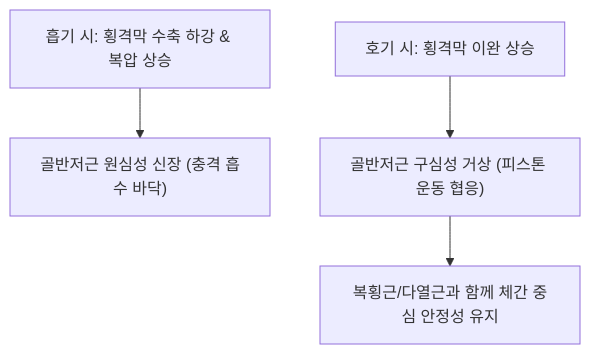
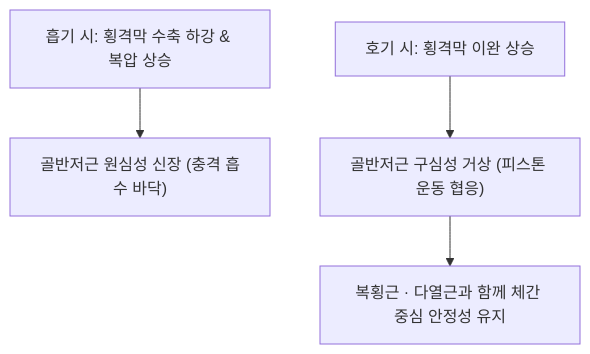
Before and after one commit to simbio11/simbio-digital-garden2: the diagram in content/1. 근골격계 공부/근육/(9) 요부/골반저근.md, drawn with Mermaid. The commit also changed other lines of this file and 149 other files, not shown here.

````diff
--- a/content/1. 근골격계 공부/근육/(9) 요부/골반저근.md
+++ b/content/1. 근골격계 공부/근육/(9) 요부/골반저근.md
@@ -43,6 +50,6 @@
 ```mermaid
 graph TD
     Inhalation["흡기 시: 횡격막 수축 하강 & 복압 상승"] --> PelvicFloorDescent["골반저근 원심성 신장 (충격 흡수 바닥)"]
     Exhalation["호기 시: 횡격막 이완 상승"] --> PelvicFloorAscent["골반저근 구심성 거상 (피스톤 운동 협응)"]
-    PelvicFloorAscent --> CoreIntegrity["복횡근/다열근과 함께 체간 중심 안정성 유지"]
+    PelvicFloorAscent --> CoreIntegrity["복횡근 · 다열근과 함께 체간 중심 안정성 유지"]
 ```
````
